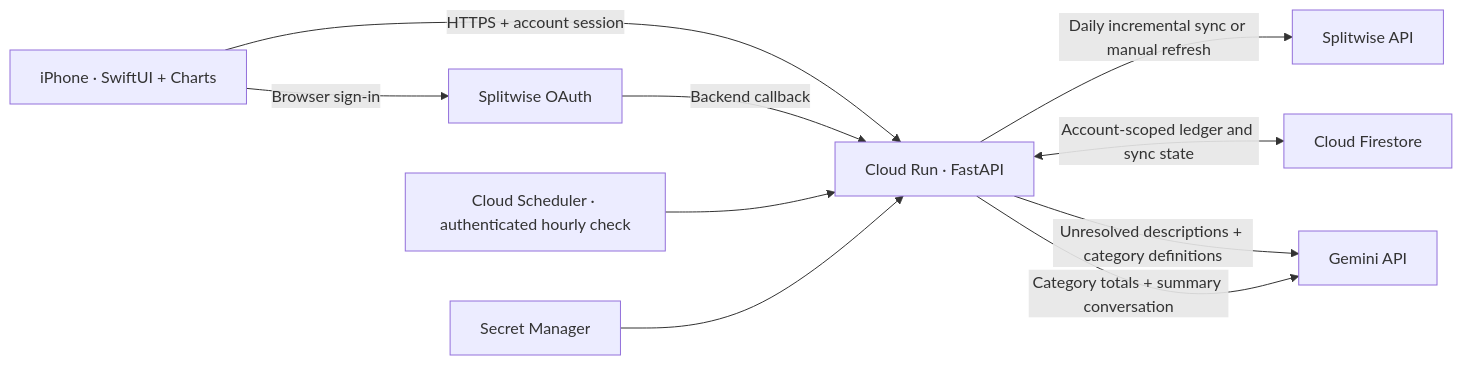
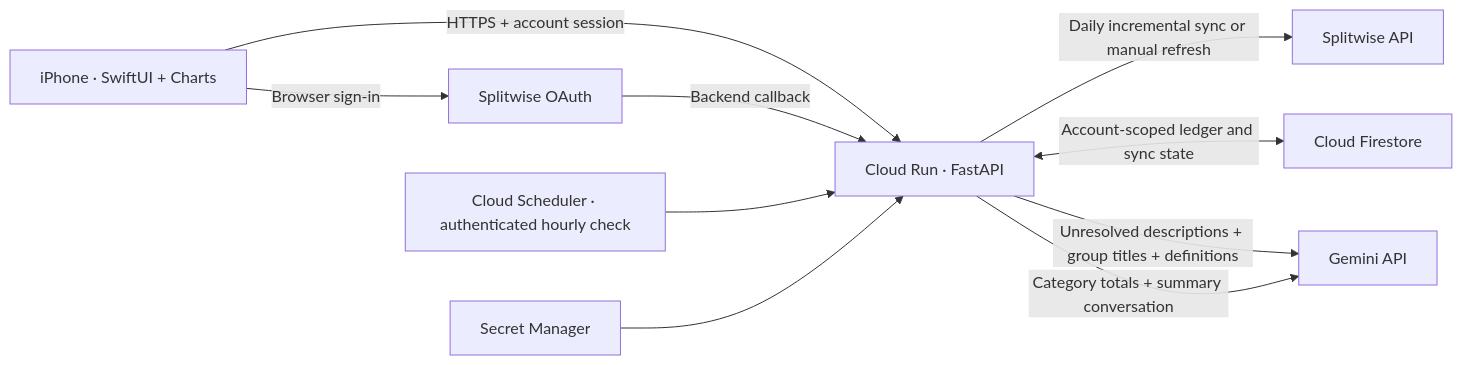
Before and after one commit to ash010413/splitwise-ledger: the diagram in README.md, drawn with Mermaid. The commit also changed 14 other files, not shown here.

Commit message:
Use Splitwise group titles for context-aware expense categories

````diff
--- a/README.md
+++ b/README.md
@@ -27,12 +27,12 @@
 ```mermaid
 flowchart LR
     App["iPhone · SwiftUI + Charts"] -->|HTTPS + account session| API["Cloud Run · FastAPI"]
     App -->|Browser sign-in| OAuth["Splitwise OAuth"]
     OAuth -->|Backend callback| API
     Scheduler["Cloud Scheduler · authenticated hourly check"] --> API
     API -->|Daily incremental sync or manual refresh| Splitwise["Splitwise API"]
     API <-->|Account-scoped ledger and sync state| DB["Cloud Firestore"]
     Secrets["Secret Manager"] --> API
-    API -->|Unresolved descriptions + category definitions| Gemini["Gemini API"]
+    API -->|Unresolved descriptions + group titles + definitions| Gemini["Gemini API"]
     API -->|Category totals + summary conversation| Gemini
 ```
````
